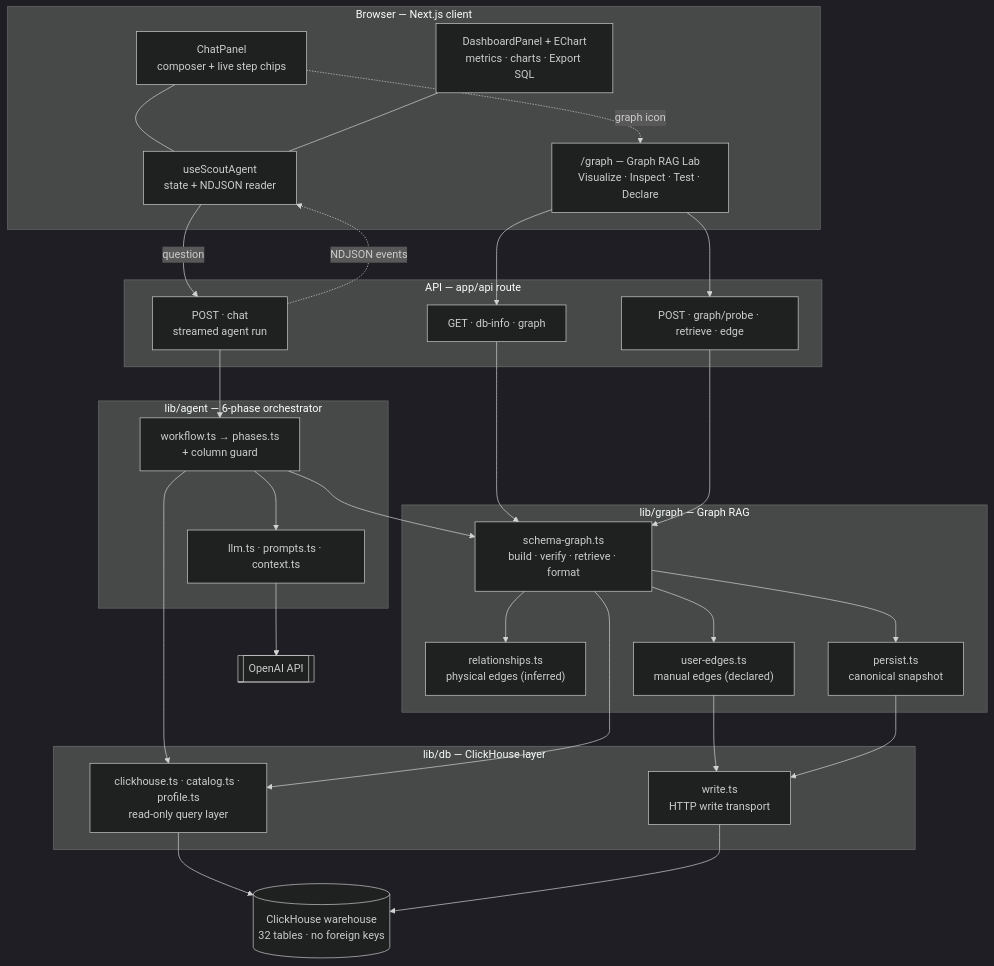
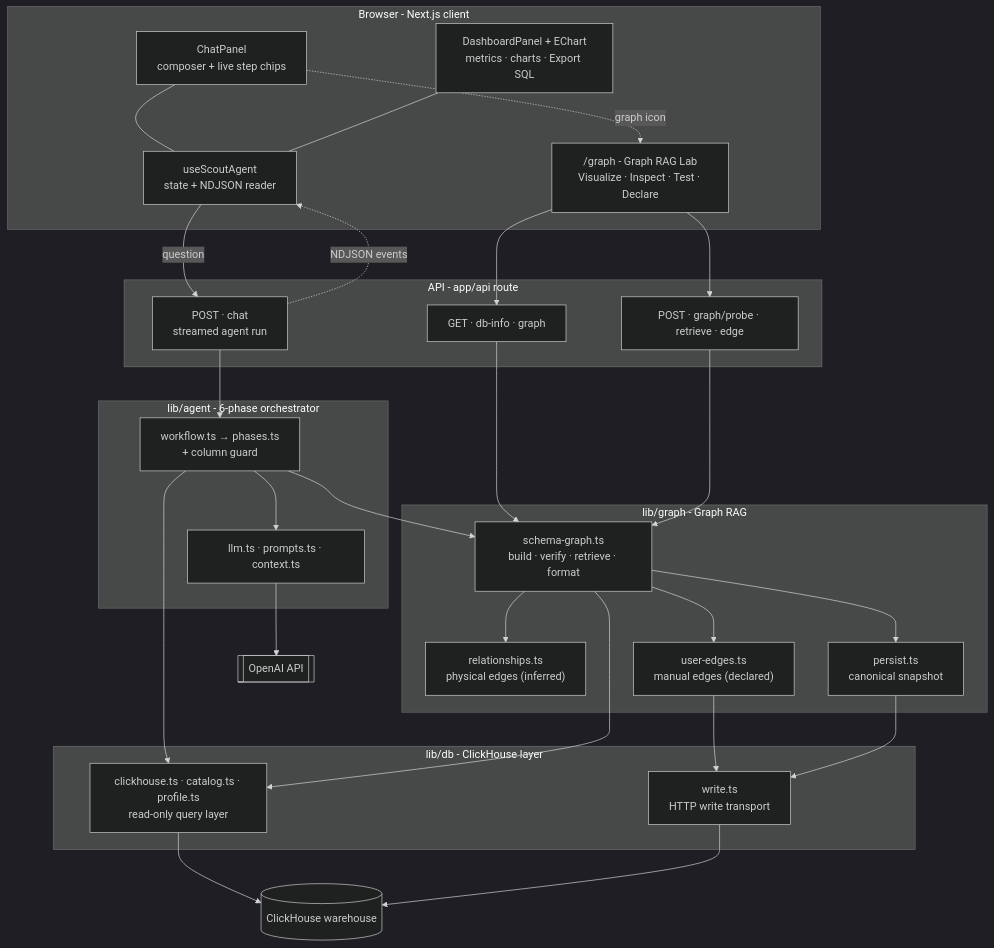
One commit to Arav-Arun/Scout changed the first of 3 diagrams in README.md. Above: the diagram before and after it, drawn with Mermaid (dark theme). The commit also changed other lines of this file and 28 other files, not shown here.

````diff
--- a/README.md
+++ b/README.md
@@ -51,58 +146,58 @@
 ```mermaid
 flowchart TB
-  subgraph UI["Browser — Next.js client"]
+  subgraph UI["Browser - Next.js client"]
     HOOK["useScoutAgent<br/>state + NDJSON reader"]
     CHAT["ChatPanel<br/>composer + live step chips"]
     DASH["DashboardPanel + EChart<br/>metrics · charts · Export SQL"]
-    LAB["/graph — Graph RAG Lab<br/>Visualize · Inspect · Test · Declare"]
+    LAB["/graph - Graph RAG Lab<br/>Visualize · Inspect · Test · Declare"]
   end
 
-  subgraph API["API — app/api route"]
+  subgraph API["API - app/api route"]
     GET["GET · db-info · graph"]
     CHATAPI["POST · chat<br/>streamed agent run"]
     EDGEAPI["POST · graph/probe · retrieve · edge"]
   end
 
-  subgraph AGENT["lib/agent — 6-phase orchestrator"]
+  subgraph AGENT["lib/agent - 6-phase orchestrator"]
     WF["workflow.ts → phases.ts<br/>+ column guard"]
     LLM["llm.ts · prompts.ts · context.ts"]
   end
 
-  subgraph GRAPH["lib/graph — Graph RAG"]
+  subgraph GRAPH["lib/graph - Graph RAG"]
     SG["schema-graph.ts<br/>build · verify · retrieve · format"]
     REL["relationships.ts<br/>physical edges (inferred)"]
     UE["user-edges.ts<br/>manual edges (declared)"]
     PERSIST["persist.ts<br/>canonical snapshot"]
   end
 
-  subgraph DB["lib/db — ClickHouse layer"]
+  subgraph DB["lib/db - ClickHouse layer"]
     CH["clickhouse.ts · catalog.ts · profile.ts<br/>read-only query layer"]
     WRITE["write.ts<br/>HTTP write transport"]
   end
 
   OPENAI[["OpenAI API"]]
-  WARE[("ClickHouse warehouse<br/>32 tables · no foreign keys")]
+  WARE[("ClickHouse warehouse")]
 
   CHAT --- HOOK
   DASH --- HOOK
   HOOK -->|question| CHATAPI
   CHAT -. graph icon .-> LAB
   LAB --> GET
   LAB --> EDGEAPI
 
   CHATAPI --> WF
   WF --> LLM --> OPENAI
   WF --> SG
   GET --> SG
   EDGEAPI --> SG
   SG --> REL
   SG --> UE
   SG --> PERSIST
   WF --> CH
   SG --> CH
   UE --> WRITE
   PERSIST --> WRITE
   CH --> WARE
   WRITE --> WARE
   CHATAPI -. NDJSON events .-> HOOK
 ```
````
